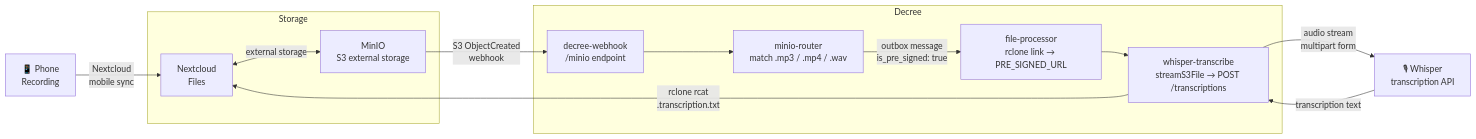
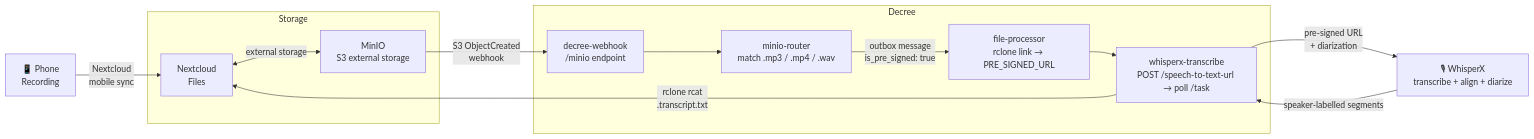
Before and after one commit to jtmckay/existential: the diagram in site/docs/decree/recording-transcription.md, drawn with Mermaid. The commit also changed other lines of this file and 47 other files, not shown here.

````diff
--- a/site/docs/decree/recording-transcription.md
+++ b/site/docs/decree/recording-transcription.md
@@ -9,26 +9,26 @@
 ```mermaid
 flowchart LR
     phone["📱 Phone\nRecording"] -->|"Nextcloud\nmobile sync"| nc
 
     subgraph storage["Storage"]
         nc["Nextcloud\nFiles"]
         minio["MinIO\nS3 external storage"]
         nc <-->|"external storage"| minio
     end
 
     minio -->|"S3 ObjectCreated\nwebhook"| webhook
 
     subgraph decree["Decree"]
         webhook["decree-webhook\n/minio endpoint"]
         router["minio-router\nmatch .mp3 / .mp4 / .wav"]
         processor["file-processor\nrclone link → PRE_SIGNED_URL"]
-        transcriber["whisper-transcribe\nstreamS3File → POST /transcriptions"]
+        transcriber["whisperx-transcribe\nPOST /speech-to-text-url → poll /task"]
         webhook --> router
         router -->|"outbox message\nis_pre_signed: true"| processor
         processor --> transcriber
     end
 
-    transcriber -->|"audio stream\nmultipart form"| whisper["🎙 Whisper\ntranscription API"]
-    whisper -->|"transcription text"| transcriber
-    transcriber -->|"rclone rcat\n.transcription.txt"| nc
+    transcriber -->|"pre-signed URL\n+ diarization"| whisper["🎙 WhisperX\ntranscribe + align + diarize"]
+    whisper -->|"speaker-labelled segments"| transcriber
+    transcriber -->|"rclone rcat\n.transcript.txt"| nc
 ```
````
